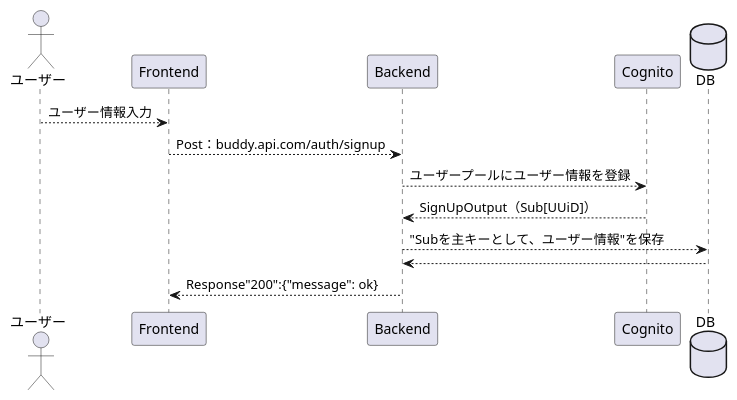
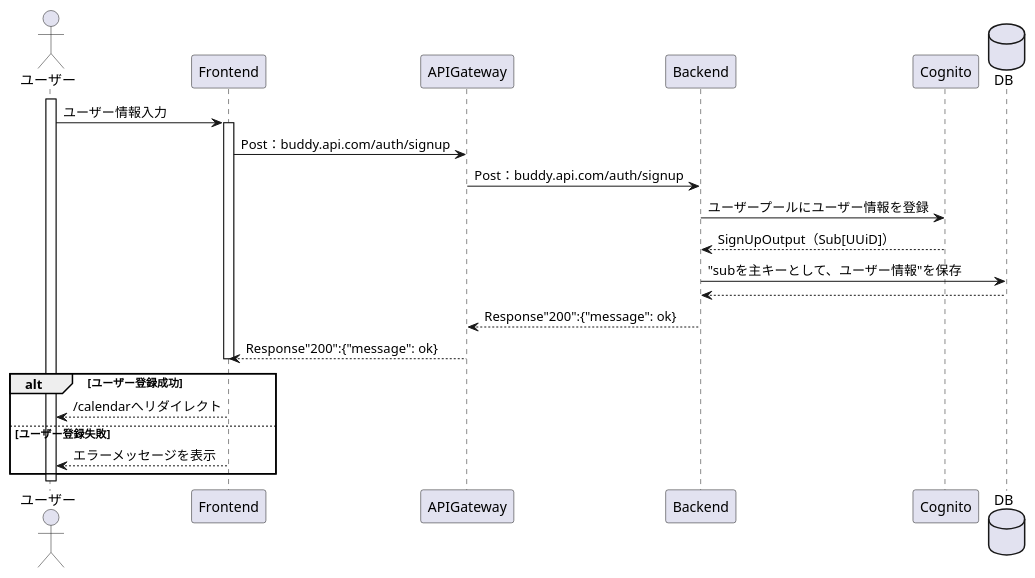
The diagram in src/diagrams/Sequence/Auth/SignUp.puml (Fukuemon/buddy_design_docs), drawn with PlantUML before and after one commit. The commit also changed 4 other files, not shown here.

```diff
--- a/src/diagrams/Sequence/Auth/SignUp.puml
+++ b/src/diagrams/Sequence/Auth/SignUp.puml
@@ -1,16 +1,27 @@
 @startuml SignUp
 Actor ユーザー
 Participant Frontend as Front
+Participant APIGateway as Gateway
 Participant Backend as Back
 Participant Cognito
 database DB
 
-
-ユーザー --> Front: ユーザー情報入力
-Front --> Back: Post：buddy.api.com/auth/signup
-Back --> Cognito: ユーザープールにユーザー情報を登録
+activate ユーザー
+ユーザー -> Front: ユーザー情報入力
+activate Front
+Front -> Gateway: Post：buddy.api.com/auth/signup
+Gateway -> Back: Post：buddy.api.com/auth/signup
+Back -> Cognito: ユーザープールにユーザー情報を登録
 Cognito --> Back: SignUpOutput（Sub[UUiD]）
-Back --> DB: "Subを主キーとして、ユーザー情報"を保存
+Back -> DB: "subを主キーとして、ユーザー情報"を保存
 DB --> Back
-Back --> Front: Response"200":{"message": ok}
+Back --> Gateway: Response"200":{"message": ok}
+Gateway --> Front: Response"200":{"message": ok}
+deactivate Front
+alt ユーザー登録成功
+  Front --> ユーザー: /calendarへリダイレクト
+else ユーザー登録失敗
+  Front --> ユーザー: エラーメッセージを表示
+end
+deactivate ユーザー
 @enduml
```
